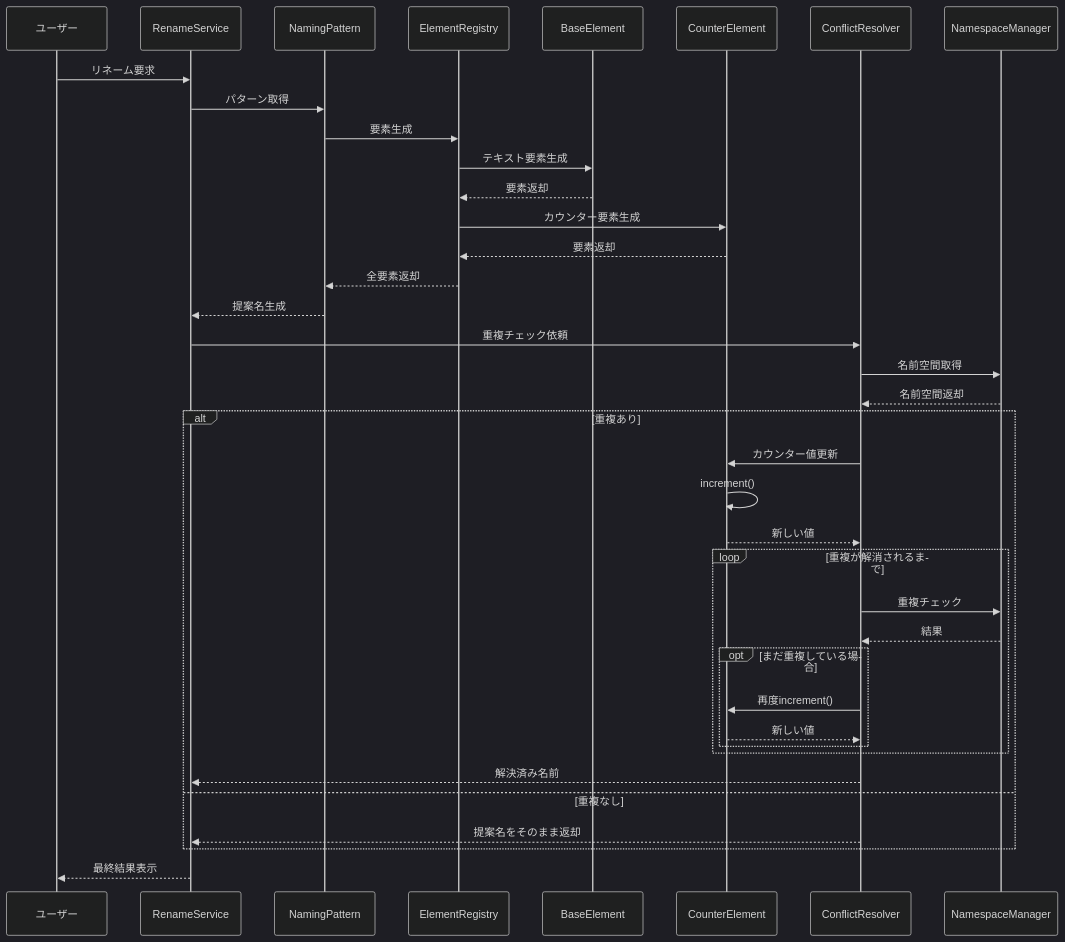
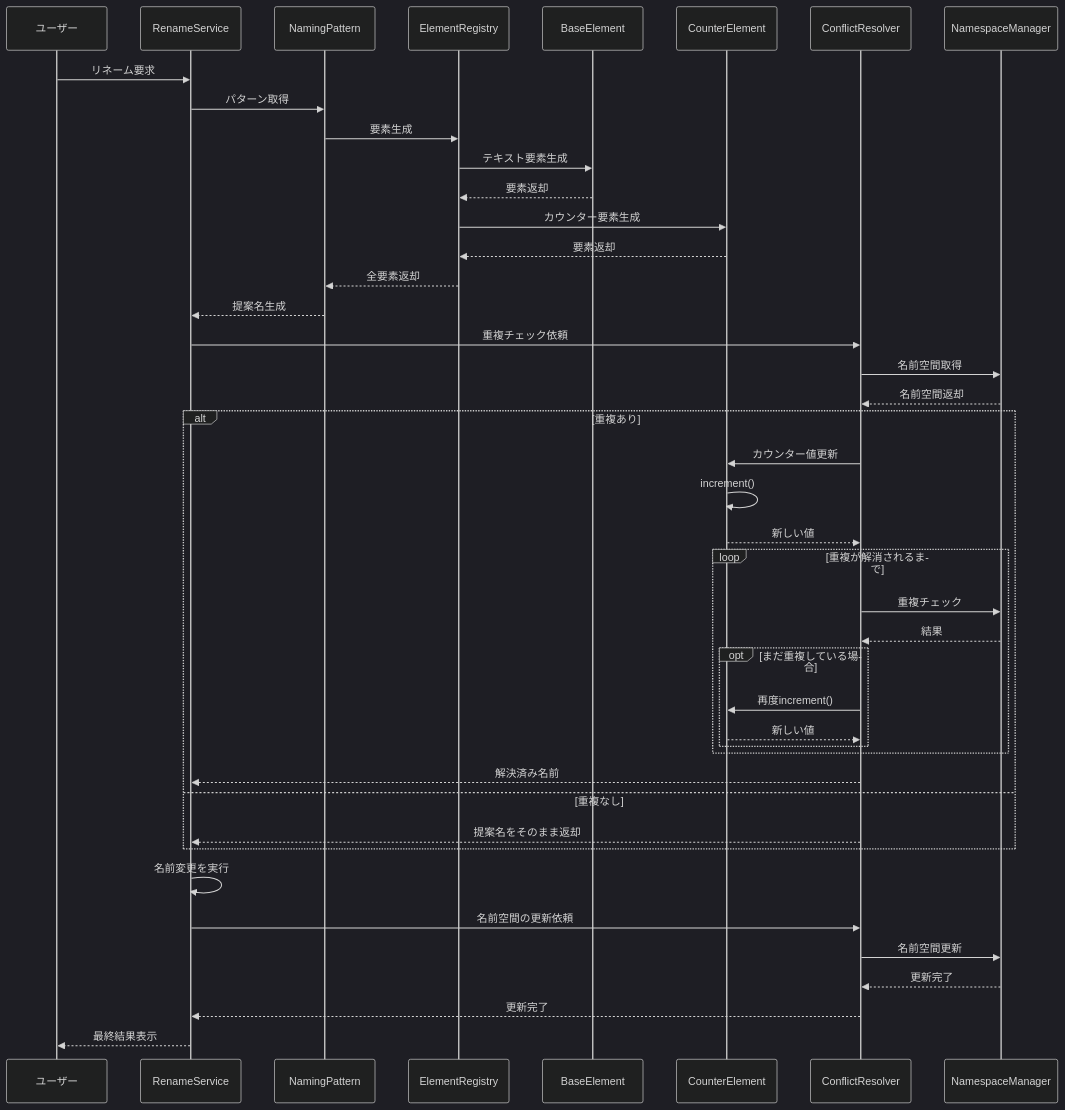
The first of 4 diagrams in docs/source/development/design_notes/class_diagrams.rst (Pluglug/modular-renamer), drawn with Mermaid (dark theme) before and after one commit. The commit also changed other lines of this file, not shown here.

```diff
--- a/docs/source/development/design_notes/class_diagrams.rst
+++ b/docs/source/development/design_notes/class_diagrams.rst
@@ -5,52 +5,58 @@
 .. mermaid::
     :caption: リネーム処理フロー
     :zoom:
 
     sequenceDiagram
         participant ユーザー
         participant RenameService
         participant NamingPattern
         participant ElementRegistry
         participant BaseElement
         participant CounterElement
         participant ConflictResolver
         participant NamespaceManager
         
         ユーザー->>RenameService: リネーム要求
         RenameService->>NamingPattern: パターン取得
         NamingPattern->>ElementRegistry: 要素生成
         
         ElementRegistry->>BaseElement: テキスト要素生成
         BaseElement-->>ElementRegistry: 要素返却
         
         ElementRegistry->>CounterElement: カウンター要素生成
         CounterElement-->>ElementRegistry: 要素返却
         
         ElementRegistry-->>NamingPattern: 全要素返却
         NamingPattern-->>RenameService: 提案名生成
         
         RenameService->>ConflictResolver: 重複チェック依頼
         ConflictResolver->>NamespaceManager: 名前空間取得
         NamespaceManager-->>ConflictResolver: 名前空間返却
         
         alt 重複あり
             ConflictResolver->>CounterElement: カウンター値更新
             CounterElement->>CounterElement: increment()
             CounterElement-->>ConflictResolver: 新しい値
             
             loop 重複が解消されるまで
                 ConflictResolver->>NamespaceManager: 重複チェック
                 NamespaceManager-->>ConflictResolver: 結果
                 
                 opt まだ重複している場合
                     ConflictResolver->>CounterElement: 再度increment()
                     CounterElement-->>ConflictResolver: 新しい値
                 end
             end
             
             ConflictResolver-->>RenameService: 解決済み名前
         else 重複なし
             ConflictResolver-->>RenameService: 提案名をそのまま返却
         end
         
+        RenameService->>RenameService: 名前変更を実行
+        RenameService->>ConflictResolver: 名前空間の更新依頼
+        ConflictResolver->>NamespaceManager: 名前空間更新
+        NamespaceManager-->>ConflictResolver: 更新完了
+        ConflictResolver-->>RenameService: 更新完了
+        
         RenameService-->>ユーザー: 最終結果表示
```
